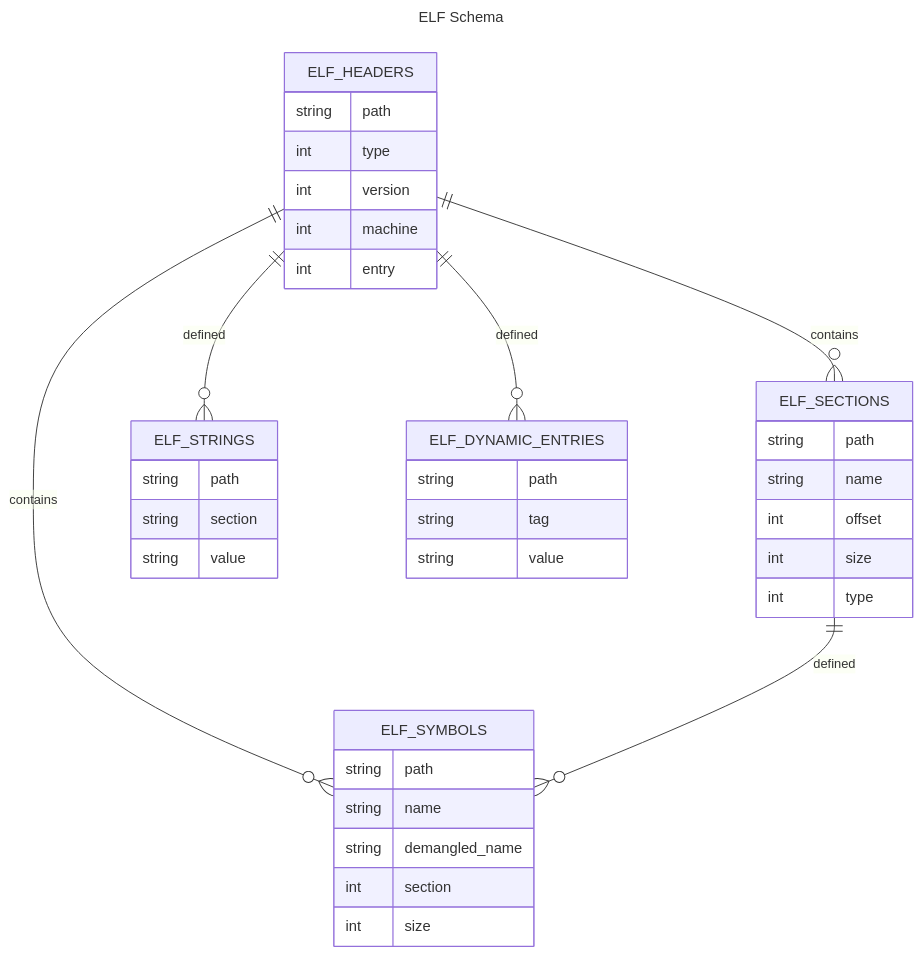
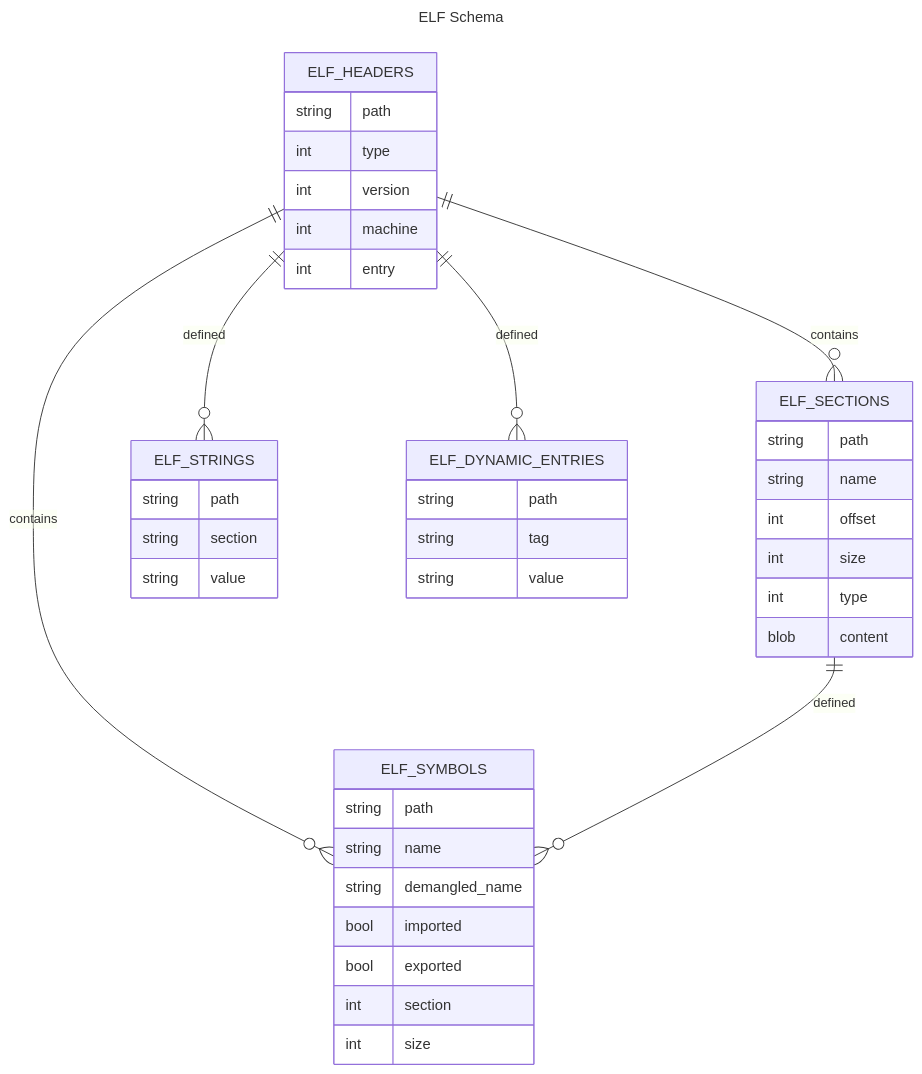
Before and after one commit to fzakaria/sqlelf: the diagram in README.md, drawn with Mermaid.

Commit message:
fix: improve README schema diagram
- add missing columns for symbols and section.

````diff
--- a/README.md
+++ b/README.md
@@ -12,42 +12,45 @@
 ```mermaid
 ---
 title: ELF Schema
 ---
 erDiagram
     ELF_HEADERS ||--o{ ELF_SECTIONS : contains
     ELF_HEADERS {
         string path
         int type
         int version
         int machine
         int entry
     }
     ELF_SECTIONS {
         string path
         string name
         int offset
         int size
         int type
+        blob content
     }
     ELF_HEADERS ||--o{ ELF_SYMBOLS : contains
     ELF_SECTIONS ||--o{ ELF_SYMBOLS : defined
     ELF_SYMBOLS {
         string path
         string name
         string demangled_name
+        bool imported
+        bool exported
         int section
         int size
     }
     ELF_HEADERS ||--o{ ELF_STRINGS : defined
     ELF_STRINGS {
         string path
         string section
         string value
     }
     ELF_HEADERS ||--o{ ELF_DYNAMIC_ENTRIES : defined
     ELF_DYNAMIC_ENTRIES {
         string path
         string tag
         string value
     }
 ```
````
